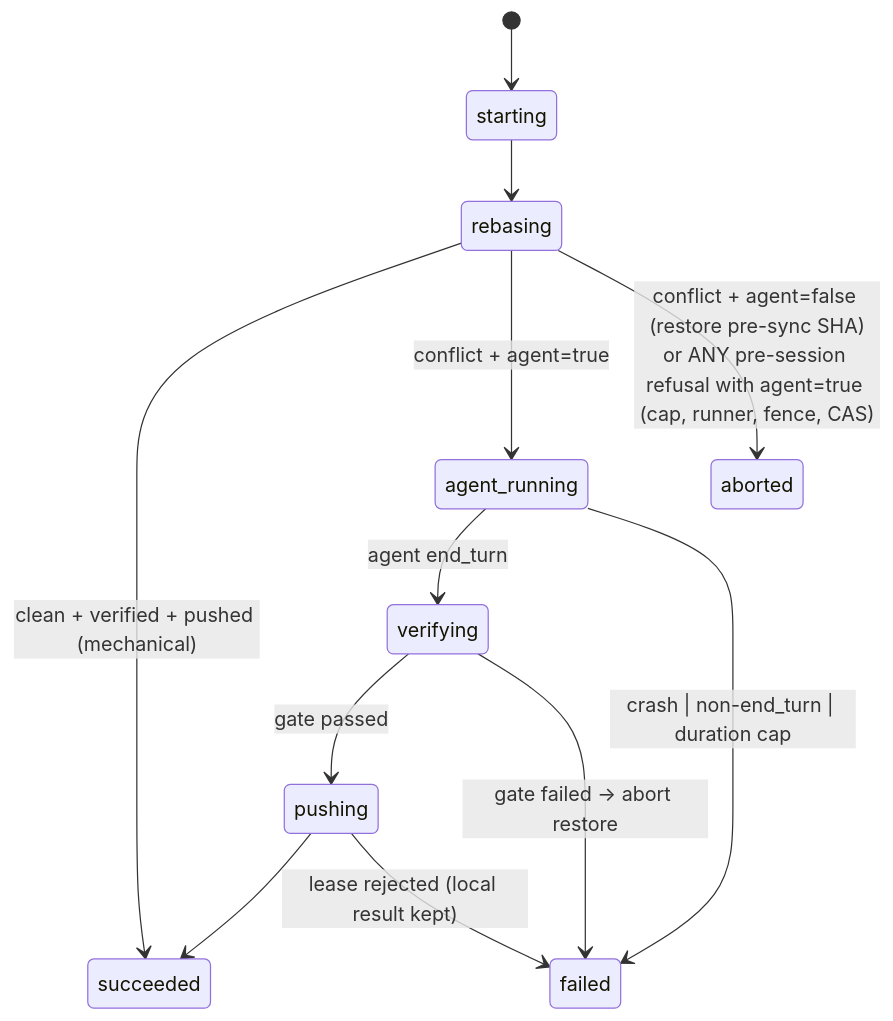
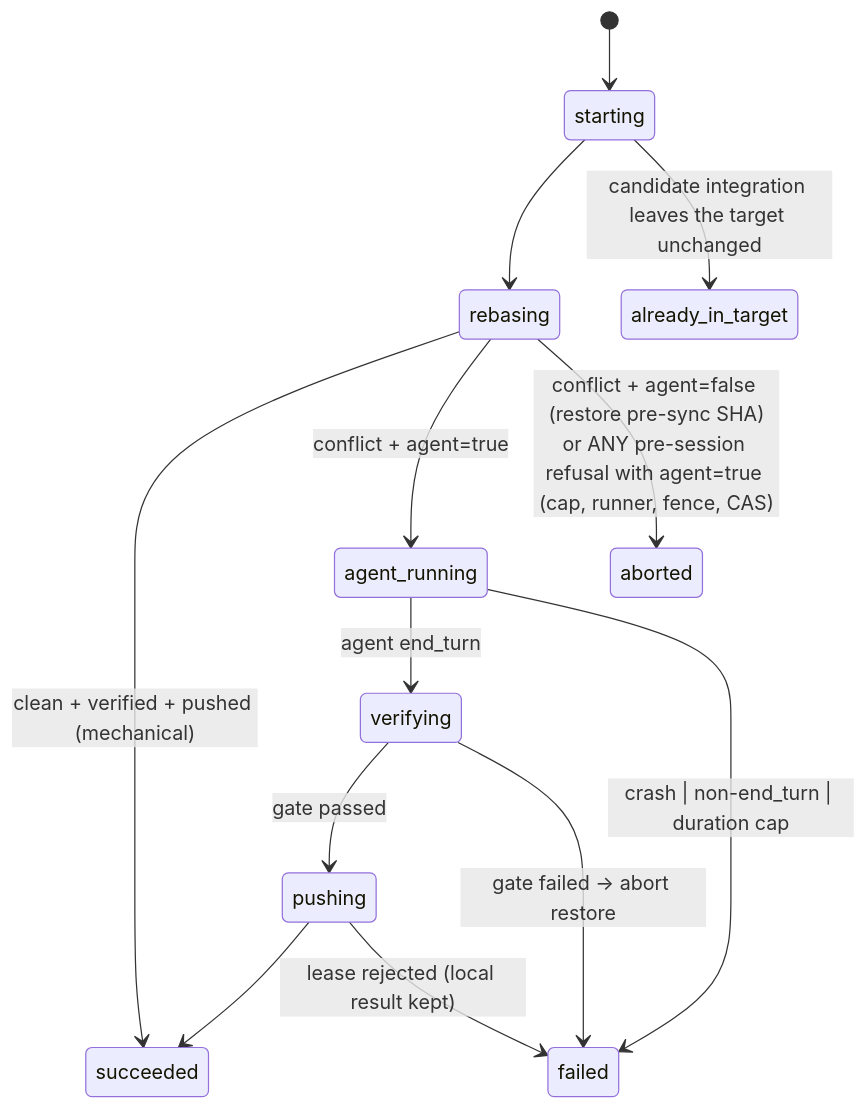
The second of 6 diagrams in docs/system-analytics/branch-sync.md (maister-dev/maister), drawn with Mermaid before and after one commit. The commit also changed 29 other files, not shown here.

````diff
--- a/docs/system-analytics/branch-sync.md
+++ b/docs/system-analytics/branch-sync.md
@@ -57,14 +57,15 @@
 ```mermaid
 stateDiagram-v2
     [*] --> starting
     starting --> rebasing
+    starting --> already_in_target: candidate integration leaves the target unchanged
     rebasing --> succeeded: clean + verified + pushed (mechanical)
     rebasing --> agent_running: conflict + agent=true
     rebasing --> aborted: conflict + agent=false (restore pre-sync SHA)<br/>or ANY pre-session refusal with agent=true (cap, runner, fence, CAS)
     agent_running --> verifying: agent end_turn
     verifying --> pushing: gate passed
     verifying --> failed: gate failed → abort restore
     pushing --> succeeded
     pushing --> failed: lease rejected (local result kept)
     agent_running --> failed: crash | non-end_turn | duration cap
 ```
````
